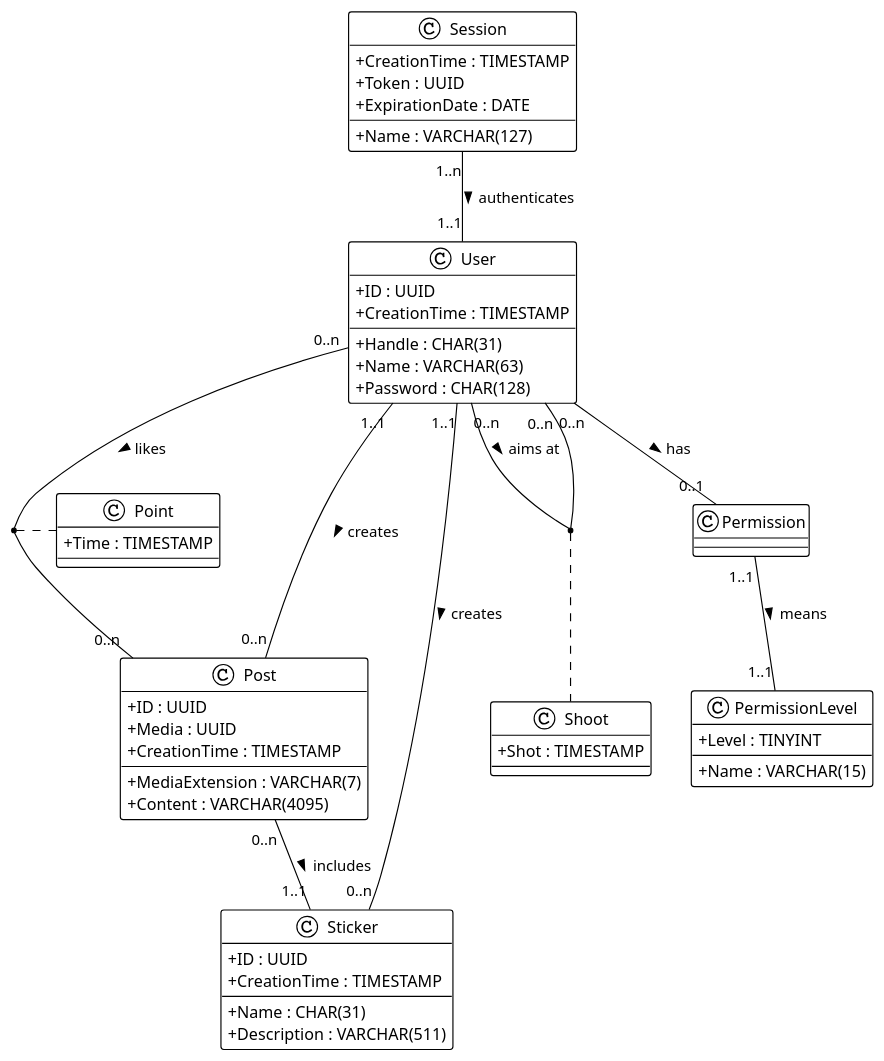
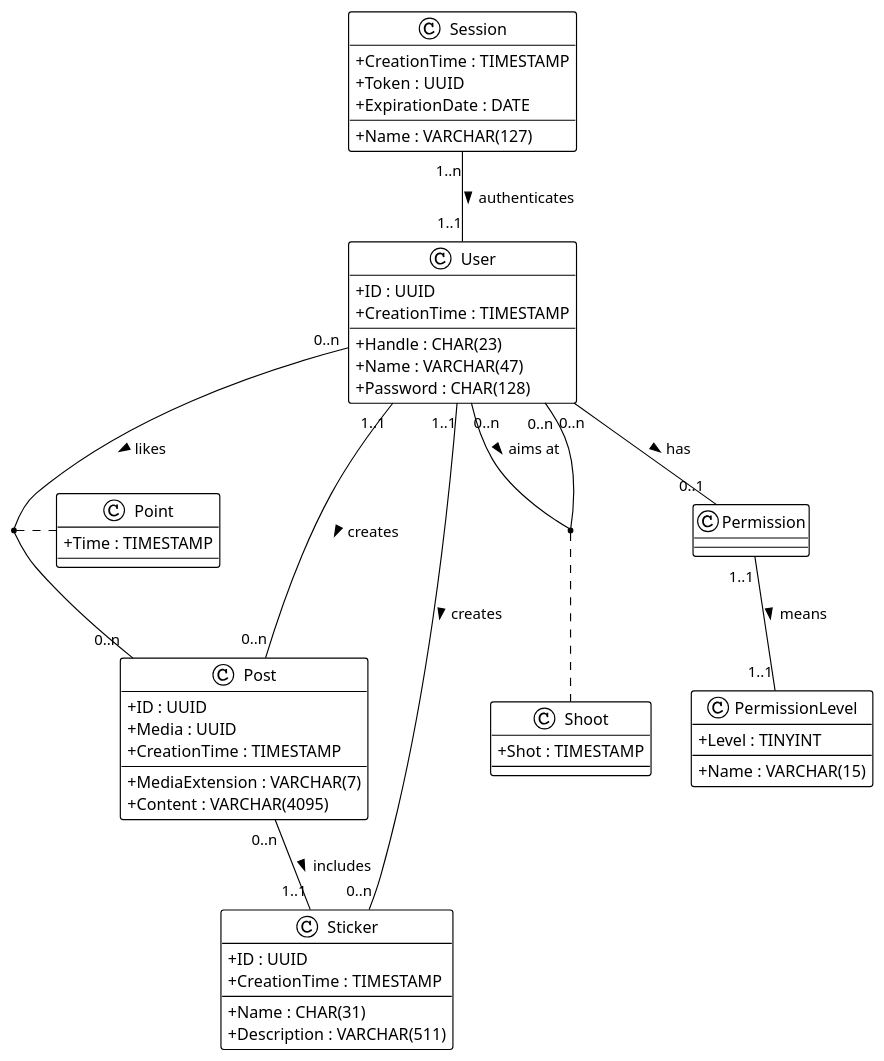
One commit to luca-baeck/Soziales-Netzwerk changed the diagram in doc/hiddlestick.puml. Above: the diagram before and after it, drawn with PlantUML. The commit also changed 2 other files, not shown here.

Commit message:
Reduced allowed length of handle and name for user

```diff
--- a/doc/hiddlestick.puml
+++ b/doc/hiddlestick.puml
@@ -1,87 +1,87 @@
 @startuml hiddlestick
 
 !theme plain
 skinparam ClassAttributeIconSize 0
 
 class User{
     + ID : UUID
-    + Handle : CHAR(31)
-    + Name : VARCHAR(63)
+    + Handle : CHAR(23)
+    + Name : VARCHAR(47)
     + Password : CHAR(128)
     + CreationTime : TIMESTAMP
 }
 
 class Post{
     + ID : UUID
     /'
     /+ CreatorID : UUID
     /+ StickerID : UUID
     '/
     + Media : UUID
     + MediaExtension : VARCHAR(7)
     + Content : VARCHAR(4095)
     + CreationTime : TIMESTAMP
 }
 
 class Sticker{
     + ID : UUID
     + Name : CHAR(31)
     /'
     /+ CreatorID : UUID
     '/
     + Description : VARCHAR(511)
     + CreationTime : TIMESTAMP
 }
 
 User "0..n" -- "0..n" User : aims at >
 (User, User) . Shoot
 User "1..1" -- "0..n" Post : creates >
 User "1..1" -- "0..n" Sticker : creates >
 Post "0..n" -- "1..1" Sticker : includes >
 User "0..n" -- "0..n" Post : likes >
 Session "1..n" -- "1..1" User : authenticates >
 User "0..n" -- "0..1" Permission : has >
 Permission "1..1" -- "1..1" PermissionLevel : means >
 (User, Post) . Point
 
 class Shoot{
     /'
     /+ Target : UUID
     /+ Archer : UUID
     '/
     + Shot : TIMESTAMP
 }
 
 class Point{
     /'
     /+ PostID : UUID
     /+ UserID : UUID
     '/
     + Time : TIMESTAMP
 }
 
 class Session{
     /'
     /+ UserID : UUID
     '/
     + CreationTime : TIMESTAMP
     + Name : VARCHAR(127)
     + Token : UUID
     + ExpirationDate : DATE
 }
 
 class Permission{
     /'
     /+ UserID : UUID
     '/
     /'
     /+ Level : TINYINT
     '/
 }
 
 class PermissionLevel{
     + Level : TINYINT
     + Name : VARCHAR(15)
 }
 
 @enduml
```
